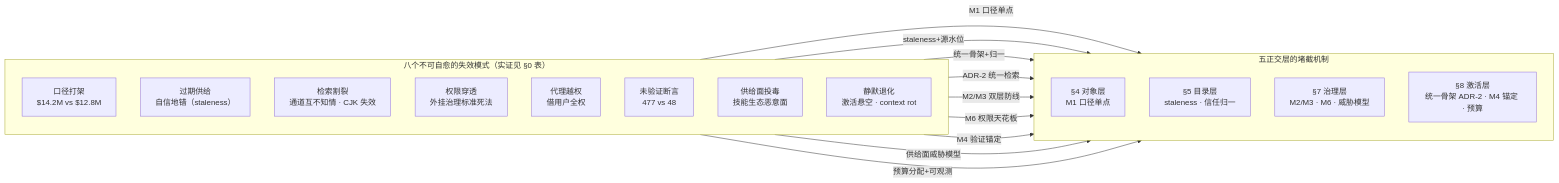
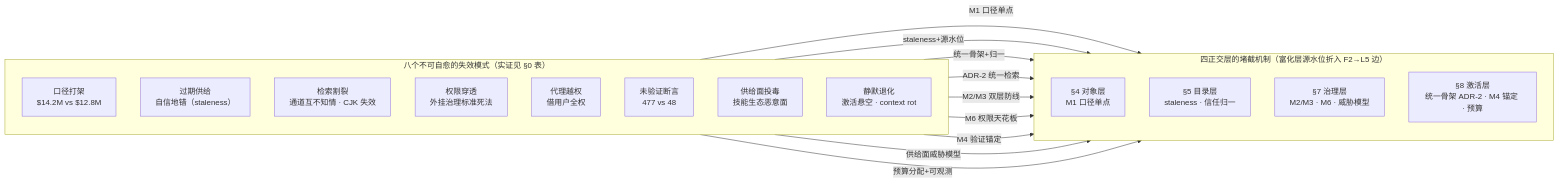
One commit to ThreeFish-AI/negentropy changed the diagram in docs/assets/mermaid/cognitive-context/context-layer--failure-map.mmd. Above: the diagram before and after it, drawn with Mermaid. The commit also changed 14 other files, not shown here.

```diff
--- a/docs/assets/mermaid/cognitive-context/context-layer--failure-map.mmd
+++ b/docs/assets/mermaid/cognitive-context/context-layer--failure-map.mmd
@@ -1,32 +1,32 @@
 %%source: docs/research/cognitive-context/013-context-layer-blueprint.md §0 为什么需要：Agent 在自信地错（八失效模式 × 堵住它的层·机制）
 %%slug: cognitive-context/context-layer--failure-map
 %%type: architecture
-%%derived: archify architecture v1, authored fresh (左八失效右五层、映射边=验收面)
+%%derived: archify architecture v1, authored fresh (左八失效右四层、映射边=验收面；§6 富化层的源水位刷新职责折入 F2→L5 边标签，故图内四层)
 flowchart LR
     subgraph FAILS["八个不可自愈的失效模式（实证见 §0 表）"]
         direction TB
         F1["口径打架<br/>$14.2M vs $12.8M"]
         F2["过期供给<br/>自信地错（staleness）"]
         F3["检索割裂<br/>通道互不知情 · CJK 失效"]
         F4["权限穿透<br/>外挂治理标准死法"]
         F5["代理越权<br/>借用户全权"]
         F6["未验证断言<br/>477 vs 48"]
         F7["供给面投毒<br/>技能生态恶意面"]
         F8["静默退化<br/>激活悬空 · context rot"]
     end
-    subgraph LAYERS["五正交层的堵截机制"]
+    subgraph LAYERS["四正交层的堵截机制（富化层源水位折入 F2→L5 边）"]
         direction TB
         L4["§4 对象层<br/>M1 口径单点"]
         L5["§5 目录层<br/>staleness · 信任归一"]
         L7["§7 治理层<br/>M2/M3 · M6 · 威胁模型"]
         L8["§8 激活层<br/>统一骨架 ADR-2 · M4 锚定 · 预算"]
     end
     F1 -->|M1 口径单点| L4
     F2 -->|staleness+源水位| L5
     F3 -->|统一骨架+归一| L5
     F3 -->|ADR-2 统一检索| L8
     F4 -->|M2/M3 双层防线| L7
     F5 -->|M6 权限天花板| L7
     F6 -->|M4 验证锚定| L8
     F7 -->|供给面威胁模型| L7
     F8 -->|预算分配+可观测| L8
```
